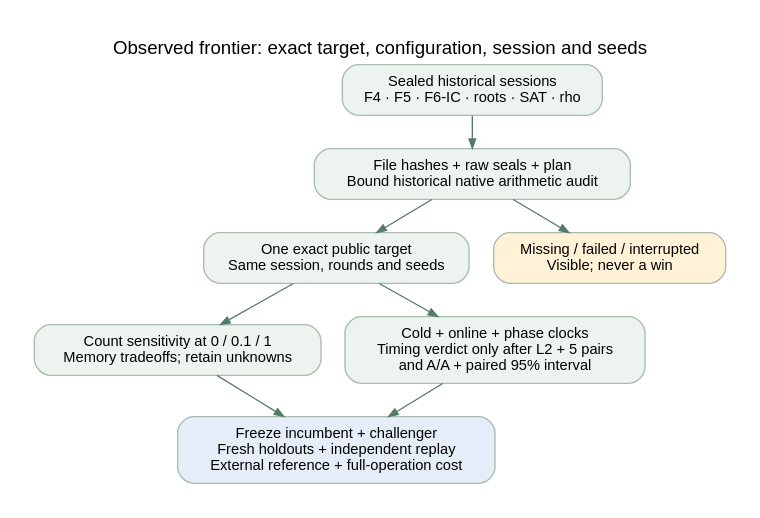
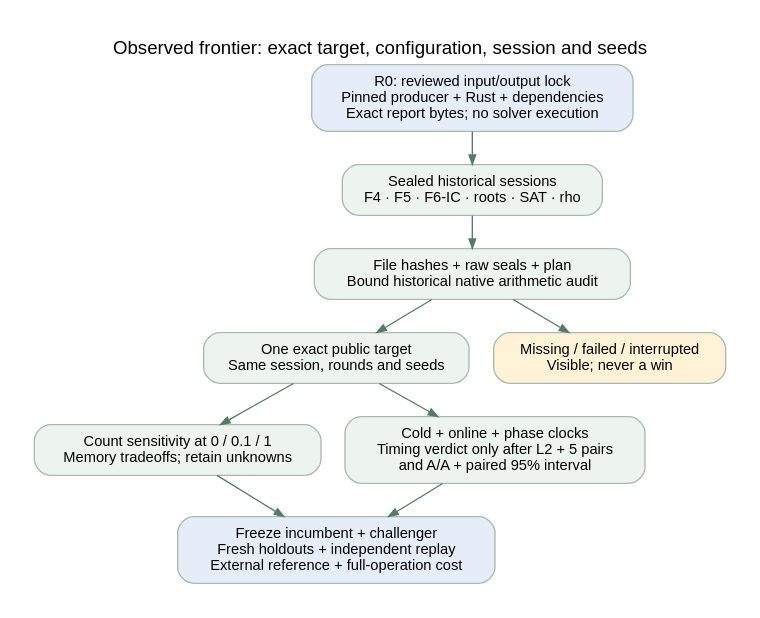
One commit to aburan28/crypto changed the diagram in docs/ecbench/backend-frontier-report/flow.dot. Above: the diagram before and after it, drawn with Graphviz. The commit also changed 36 other files, not shown here.

```diff
--- a/docs/ecbench/backend-frontier-report/flow.dot
+++ b/docs/ecbench/backend-frontier-report/flow.dot
@@ -1,17 +1,18 @@
 digraph backend_frontier {
   rankdir=TB;
   graph [bgcolor="white",pad="0.25",nodesep="0.25",ranksep="0.35",fontname="Helvetica",label="Observed frontier: exact target, configuration, session and seeds",labelloc="t"];
   node [shape=box,style="rounded,filled",fillcolor="#edf3ee",color="#a9baae",fontname="Helvetica",fontsize=11,margin="0.13,0.1"];
   edge [color="#537b67",arrowsize=0.7];
   source [label="Sealed historical sessions\nF4 · F5 · F6-IC · roots · SAT · rho"];
+  pins [label="R0: reviewed input/output lock\nPinned producer + Rust + dependencies\nExact report bytes; no solver execution",fillcolor="#e4edf8"];
   integrity [label="File hashes + raw seals + plan\nBound historical native arithmetic audit"];
   cohort [label="One exact public target\nSame session, rounds and seeds"];
   counts [label="Count sensitivity at 0 / 0.1 / 1\nMemory tradeoffs; retain unknowns"];
   timing [label="Cold + online + phase clocks\nTiming verdict only after L2 + 5 pairs\nand A/A + paired 95% interval"];
   next [label="Freeze incumbent + challenger\nFresh holdouts + independent replay\nExternal reference + full-operation cost",fillcolor="#e4edf8"];
   gaps [label="Missing / failed / interrupted\nVisible; never a win",fillcolor="#fff2d6"];
-  source -> integrity -> cohort;
+  pins -> source -> integrity -> cohort;
   integrity -> gaps;
   cohort -> counts -> next;
   cohort -> timing -> next;
 }
```
